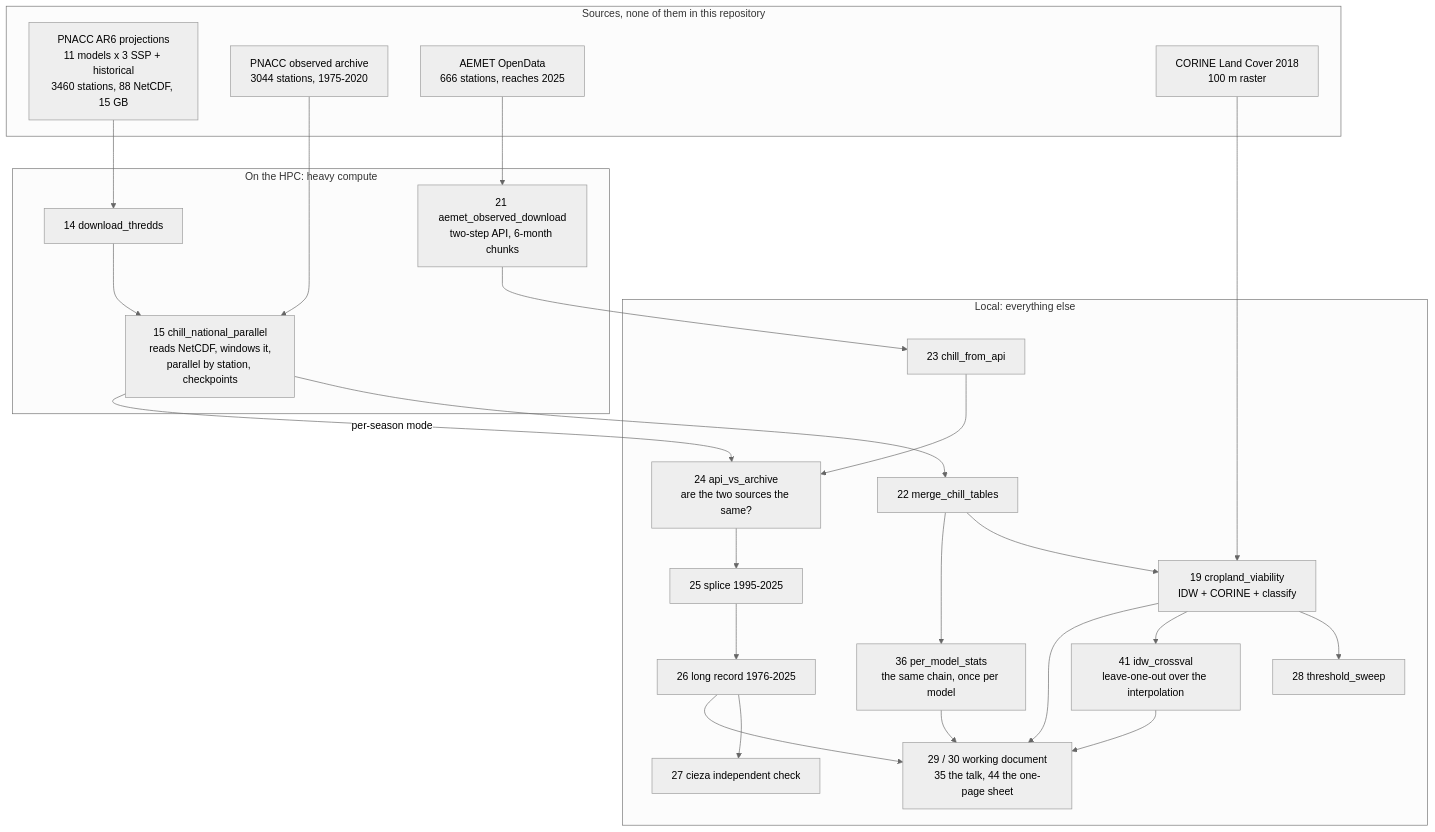
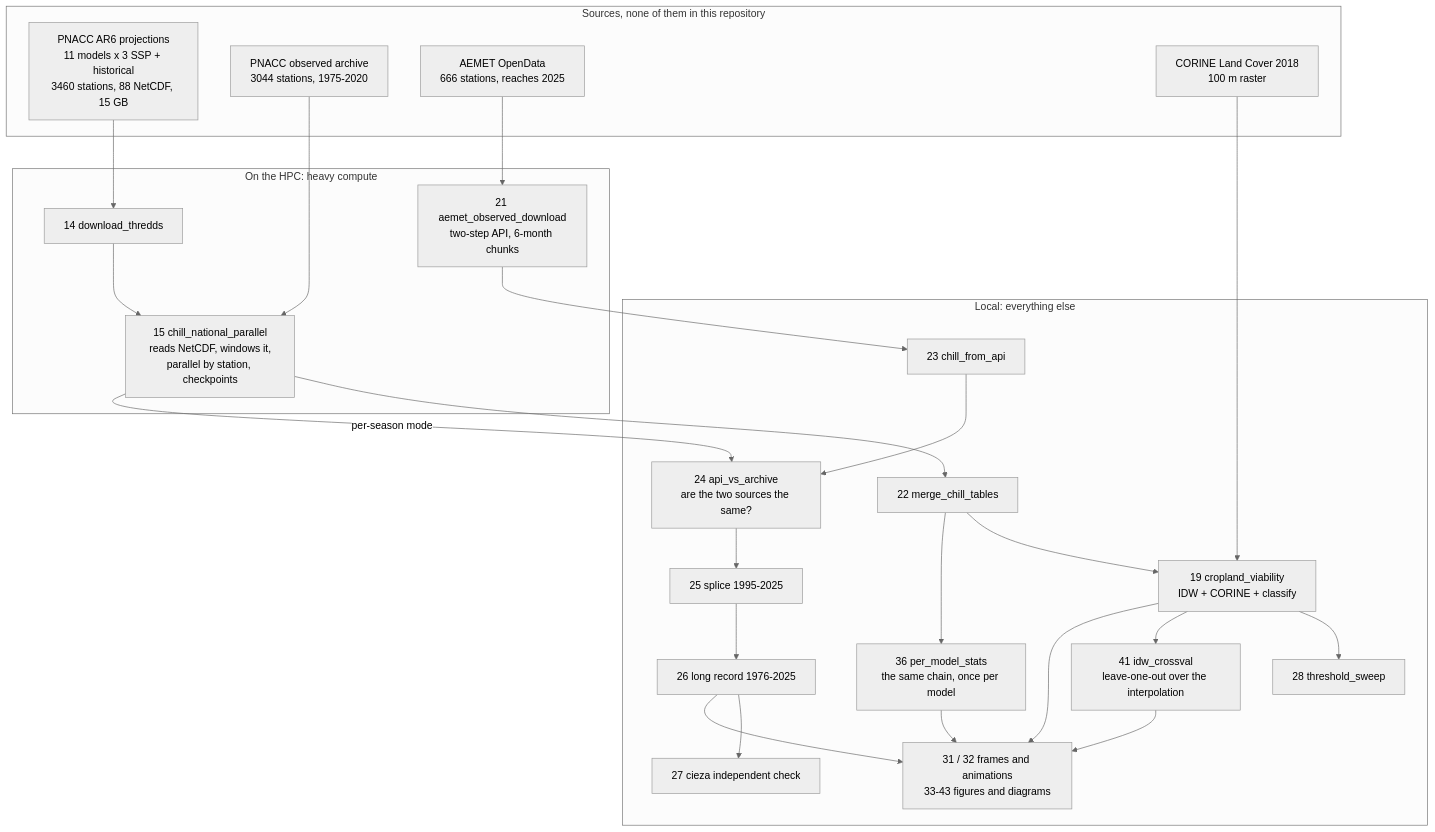
Before and after one commit to DanielGP121/plinius-apricot-winter-chill: the first of 2 diagrams in README.md, drawn with Mermaid (neutral theme). The commit also changed other lines of this file and 9 other files, not shown here.

````diff
--- a/README.md
+++ b/README.md
@@ -62,42 +62,42 @@
 ```mermaid
 flowchart TD
     subgraph SRC["Sources, none of them in this repository"]
         A1["PNACC AR6 projections<br/>11 models x 3 SSP + historical<br/>3460 stations, 88 NetCDF, 15 GB"]
         A2["PNACC observed archive<br/>3044 stations, 1975-2020"]
         A3["AEMET OpenData<br/>666 stations, reaches 2025"]
         A4["CORINE Land Cover 2018<br/>100 m raster"]
     end
 
     subgraph HPC["On the HPC: heavy compute"]
         B1["14 download_thredds"]
         B2["15 chill_national_parallel<br/>reads NetCDF, windows it,<br/>parallel by station, checkpoints"]
         B3["21 aemet_observed_download<br/>two-step API, 6-month chunks"]
     end
 
     subgraph LOC["Local: everything else"]
         C1["22 merge_chill_tables"]
         C2["19 cropland_viability<br/>IDW + CORINE + classify"]
         C3["28 threshold_sweep"]
         D1["23 chill_from_api"]
         D2["24 api_vs_archive<br/>are the two sources the same?"]
         D3["25 splice 1995-2025"]
         D4["26 long record 1976-2025"]
         D5["27 cieza independent check"]
         C4["36 per_model_stats<br/>the same chain, once per model"]
         C5["41 idw_crossval<br/>leave-one-out over the interpolation"]
-        E1["29 / 30 working document<br/>35 the talk, 44 the one-page sheet"]
+        E1["31 / 32 frames and animations<br/>33-43 figures and diagrams"]
     end
 
     A1 --> B1 --> B2 --> C1 --> C2 --> C3
     A2 --> B2
     A3 --> B3 --> D1 --> D2 --> D3 --> D4
     A4 --> C2
     B2 -->|per-season mode| D2
     D4 --> D5
     C1 --> C4
     C2 --> C5
     C4 --> E1
     C5 --> E1
     C2 --> E1
     D4 --> E1
 ```
````
